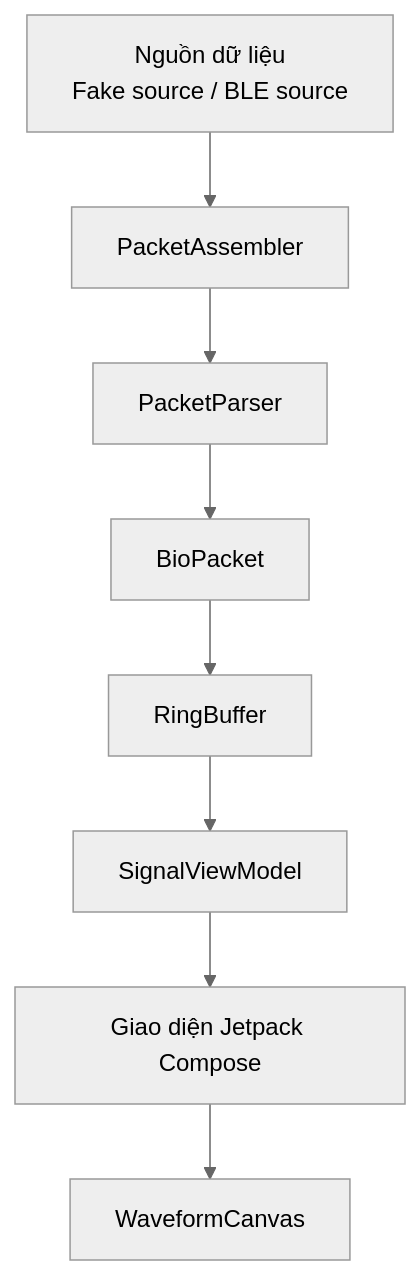
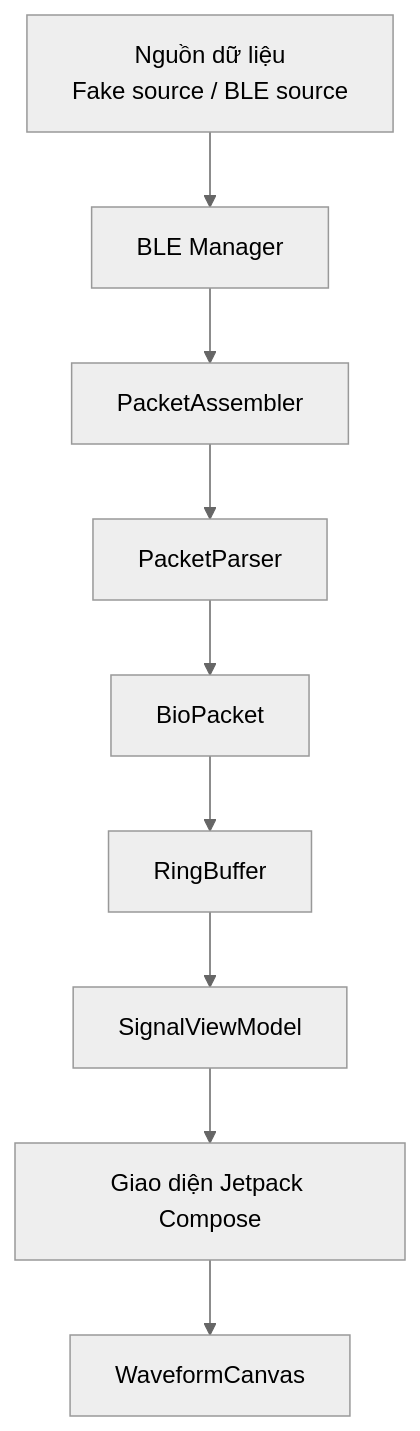
The second of 2 diagrams in README.md (khanhnguyendang224440/BioSignalMonitor), drawn with Mermaid (neutral theme) before and after one commit. The commit also changed other lines of this file, not shown here.

````diff
--- a/README.md
+++ b/README.md
@@ -87,19 +170,21 @@
 ```mermaid
 flowchart TD
     SOURCE[Nguồn dữ liệu\nFake source / BLE source]
+    BLE[BLE Manager]
     ASSEMBLER[PacketAssembler]
     PARSER[PacketParser]
     MODEL[BioPacket]
     BUFFER[RingBuffer]
     VM[SignalViewModel]
     UI[Giao diện Jetpack Compose]
     CANVAS[WaveformCanvas]
 
-    SOURCE --> ASSEMBLER
+    SOURCE --> BLE
+    BLE --> ASSEMBLER
     ASSEMBLER --> PARSER
     PARSER --> MODEL
     MODEL --> BUFFER
     BUFFER --> VM
     VM --> UI
     UI --> CANVAS
 ```
````
